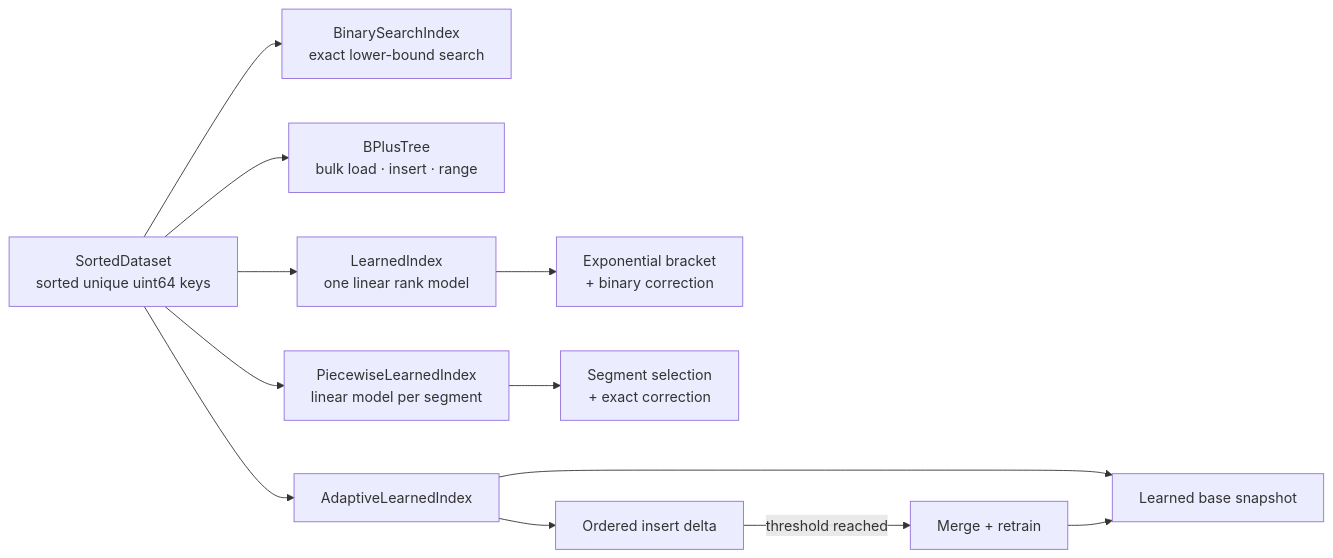
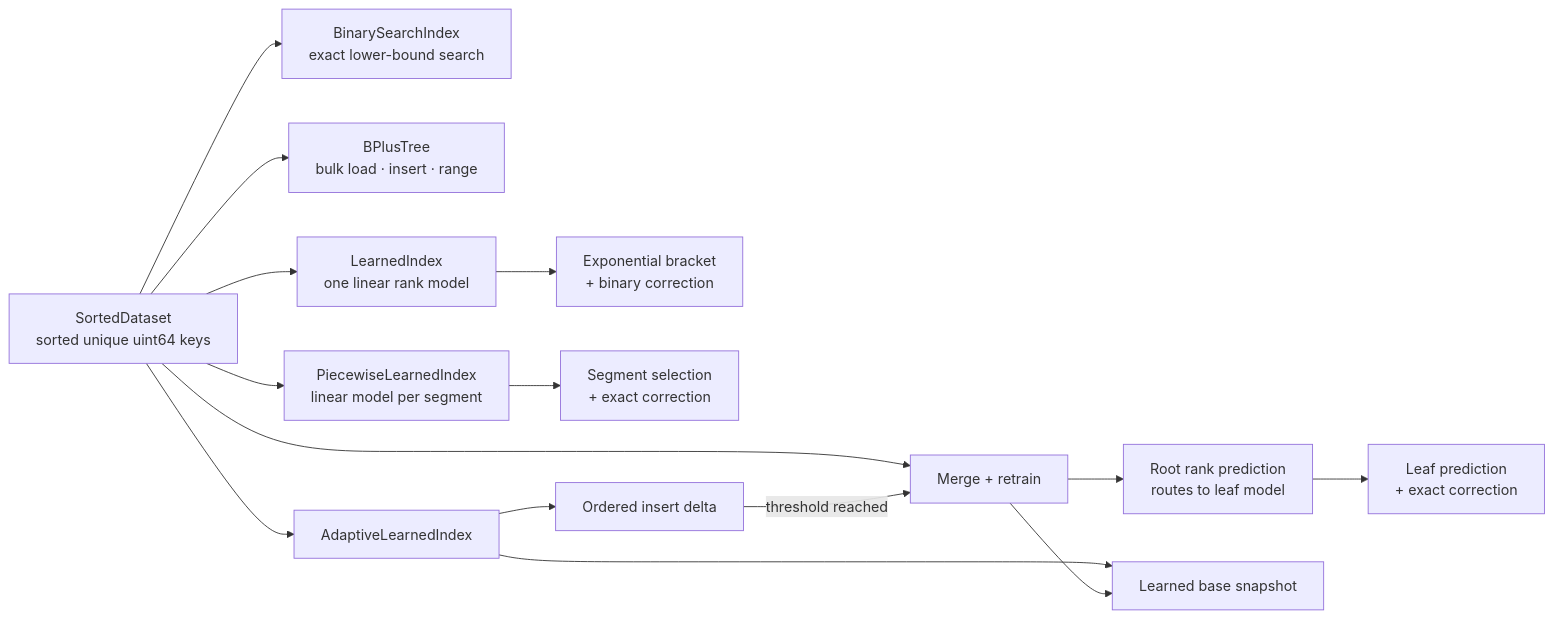
Before and after one commit to ratneshsingh-dul/concurrent-learned-index: the diagram in README.md, drawn with Mermaid. The commit also changed other lines of this file and 2 other files, not shown here.

Commit message:
Document initial RMI implementation and limits

````diff
--- a/README.md
+++ b/README.md
@@ -30,15 +31,18 @@
 ```mermaid
 flowchart LR
     D[SortedDataset<br/>sorted unique uint64 keys]
     D --> B[BinarySearchIndex<br/>exact lower-bound search]
     D --> T[BPlusTree<br/>bulk load · insert · range]
     D --> L[LearnedIndex<br/>one linear rank model]
     L --> C[Exponential bracket<br/>+ binary correction]
     D --> P[PiecewiseLearnedIndex<br/>linear model per segment]
     P --> PC[Segment selection<br/>+ exact correction]
+    D --> R[RmiLearnedIndex]
+    R --> RR[Root rank prediction<br/>routes to leaf model]
+    RR --> RC[Leaf prediction<br/>+ exact correction]
     D --> A[AdaptiveLearnedIndex]
     A --> S[Learned base snapshot]
     A --> X[Ordered insert delta]
     X -->|threshold reached| R[Merge + retrain]
     R --> S
 ```
````
